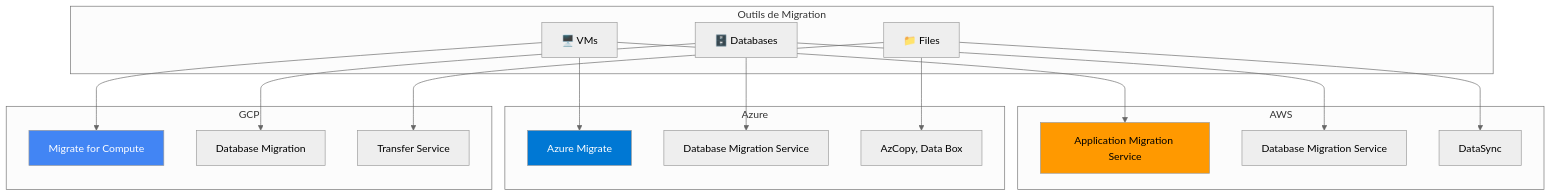
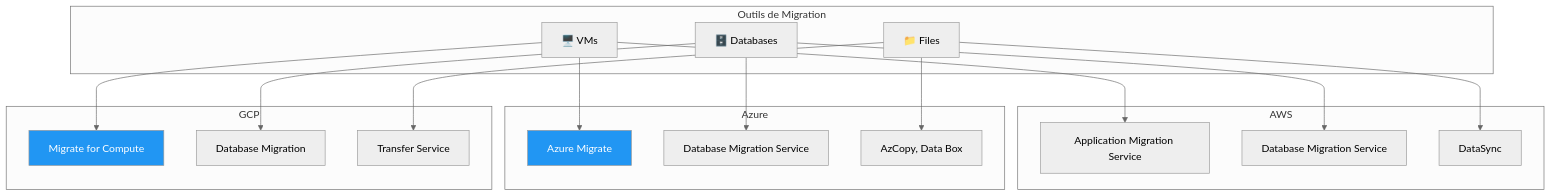
Before and after one commit to VBlackJack/ShellBook: diagram 11 of 15 in docs/formations/cloud-fundamentals/11-module.md, drawn with Mermaid (neutral theme). The commit also changed other lines of this file and 337 other files, not shown here.

First line of the commit message:
refactor(docs): Standardize code blocks and Mermaid colors

````diff
--- a/docs/formations/cloud-fundamentals/11-module.md
+++ b/docs/formations/cloud-fundamentals/11-module.md
@@ -330,40 +330,40 @@
 ```mermaid
 graph TB
     subgraph "Outils de Migration"
         VM["🖥️ VMs"]
         DB["🗄️ Databases"]
         FILES["📁 Files"]
     end
 
     subgraph "AWS"
         MGN["Application Migration Service"]
         DMS["Database Migration Service"]
         DS["DataSync"]
     end
 
     subgraph "Azure"
         AM["Azure Migrate"]
         ADMS["Database Migration Service"]
         AB["AzCopy, Data Box"]
     end
 
     subgraph "GCP"
         MM["Migrate for Compute"]
         DMS_GCP["Database Migration"]
         TS["Transfer Service"]
     end
 
     VM --> MGN
     VM --> AM
     VM --> MM
     DB --> DMS
     DB --> ADMS
     DB --> DMS_GCP
     FILES --> DS
     FILES --> AB
     FILES --> TS
 
-    style MGN fill:#ff9900,color:#000
-    style AM fill:#0078d4,color:#fff
-    style MM fill:#4285f4,color:#fff
+    style MGN fill:#FF9800800900,color:#000
+    style AM fill:#2196F3,color:#fff
+    style MM fill:#2196F3,color:#fff
 ```
````
